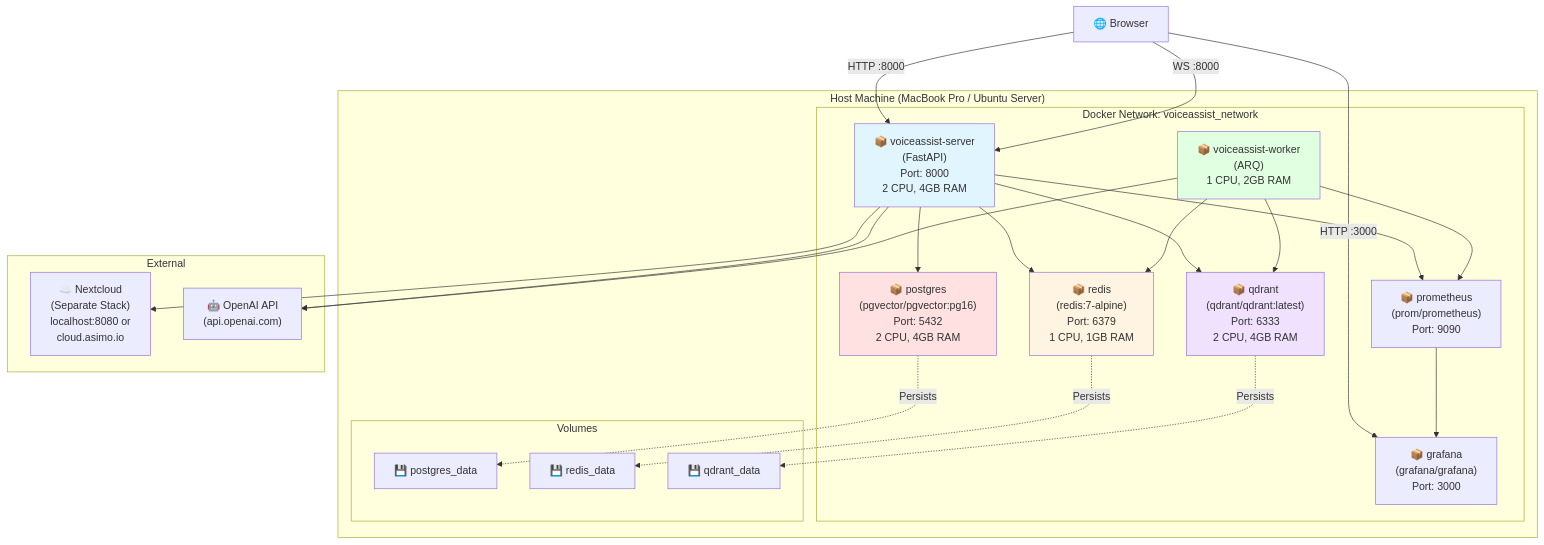
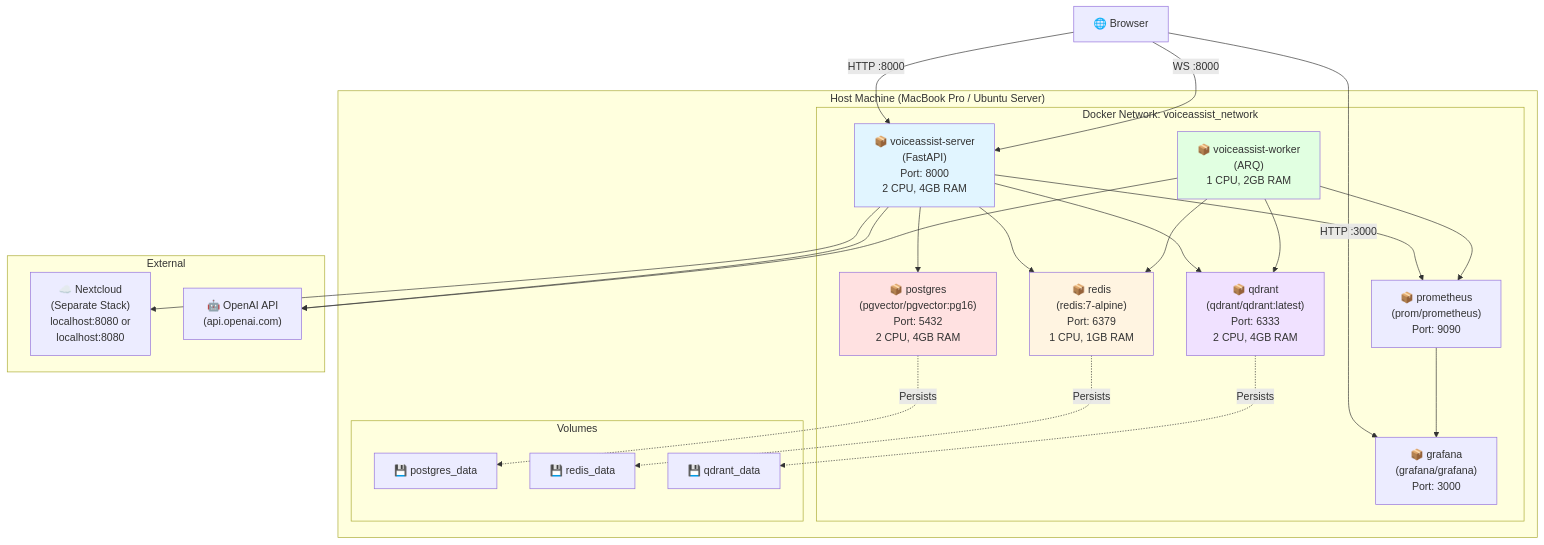
One commit to mohammednazmy/VoiceAssist changed the seventh of 10 diagrams in docs/architecture/ARCHITECTURE_DIAGRAMS.md. Above: the diagram before and after it, drawn with Mermaid. The commit also changed 164 other files, not shown here.

````diff
--- a/docs/architecture/ARCHITECTURE_DIAGRAMS.md
+++ b/docs/architecture/ARCHITECTURE_DIAGRAMS.md
@@ -377,55 +377,55 @@
 ```mermaid
 graph TB
     subgraph "Host Machine (MacBook Pro / Ubuntu Server)"
         subgraph "Docker Network: voiceassist_network"
             Server["📦 voiceassist-server<br/>(FastAPI)<br/>Port: 8000<br/>2 CPU, 4GB RAM"]
             Worker["📦 voiceassist-worker<br/>(ARQ)<br/>1 CPU, 2GB RAM"]
 
             PG["📦 postgres<br/>(pgvector/pgvector:pg16)<br/>Port: 5432<br/>2 CPU, 4GB RAM"]
             Redis["📦 redis<br/>(redis:7-alpine)<br/>Port: 6379<br/>1 CPU, 1GB RAM"]
             Qdrant["📦 qdrant<br/>(qdrant/qdrant:latest)<br/>Port: 6333<br/>2 CPU, 4GB RAM"]
 
             Prom["📦 prometheus<br/>(prom/prometheus)<br/>Port: 9090"]
             Graf["📦 grafana<br/>(grafana/grafana)<br/>Port: 3000"]
         end
 
         subgraph "Volumes"
             PGData["💾 postgres_data"]
             RedisData["💾 redis_data"]
             QdrantData["💾 qdrant_data"]
         end
     end
 
     subgraph "External"
-        NC["☁️ Nextcloud<br/>(Separate Stack)<br/>localhost:8080 or<br/>cloud.asimo.io"]
+        NC["☁️ Nextcloud<br/>(Separate Stack)<br/>localhost:8080 or<br/>localhost:8080"]
         OpenAI["🤖 OpenAI API<br/>(api.openai.com)"]
     end
 
     Browser["🌐 Browser"] -->|"HTTP :8000"| Server
     Browser -->|"WS :8000"| Server
     Browser -->|"HTTP :3000"| Graf
 
     Server --> PG
     Server --> Redis
     Server --> Qdrant
     Server --> NC
     Server --> OpenAI
 
     Worker --> Redis
     Worker --> Qdrant
     Worker --> OpenAI
 
     Server --> Prom
     Worker --> Prom
     Prom --> Graf
 
     PG -.->|"Persists"| PGData
     Redis -.->|"Persists"| RedisData
     Qdrant -.->|"Persists"| QdrantData
 
     style Server fill:#e1f5ff
     style Worker fill:#e1ffe1
     style PG fill:#ffe1e1
     style Redis fill:#fff4e1
     style Qdrant fill:#f0e1ff
 ```
````
